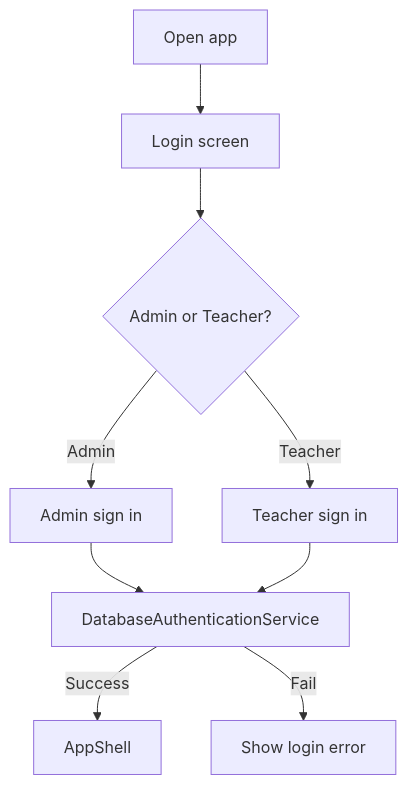
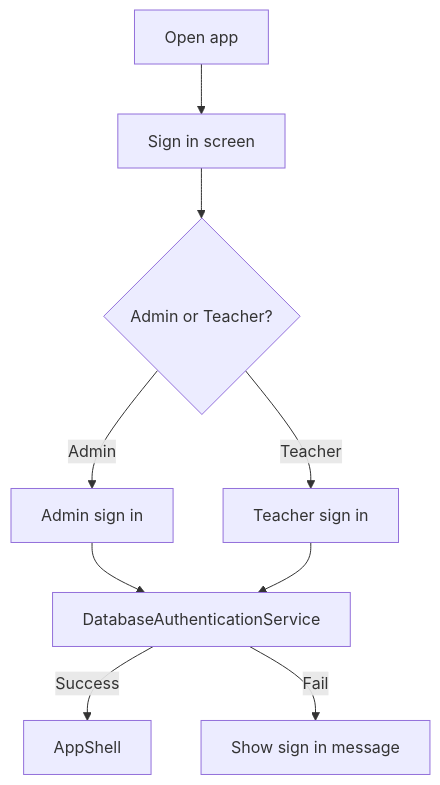
The first of 4 diagrams in docs/ui-flow.md (micoms/QrAttendance), drawn with Mermaid before and after one commit. The commit also changed other lines of this file and 17 other files, not shown here.

Commit message:
Simplify task-first UI flow and rewrite beginner docs

````diff
--- a/docs/ui-flow.md
+++ b/docs/ui-flow.md
@@ -7,11 +7,11 @@
 ```mermaid
 flowchart TD
-    A["Open app"] --> B["Login screen"]
+    A["Open app"] --> B["Sign in screen"]
     B --> C{"Admin or Teacher?"}
     C -->|Admin| D["Admin sign in"]
     C -->|Teacher| E["Teacher sign in"]
     D --> F["DatabaseAuthenticationService"]
     E --> F
     F -->|Success| G["AppShell"]
-    F -->|Fail| H["Show login error"]
+    F -->|Fail| H["Show sign in message"]
 ```
````
